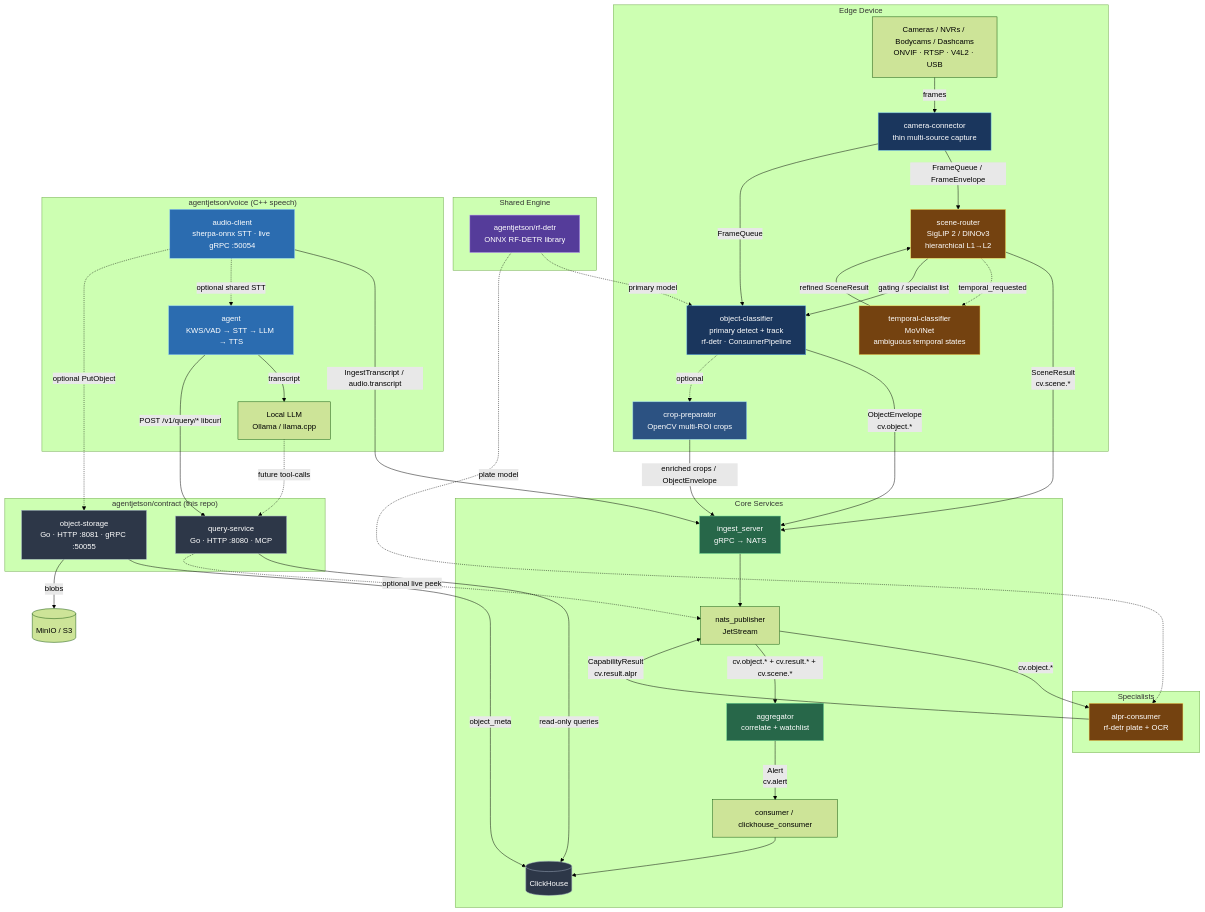
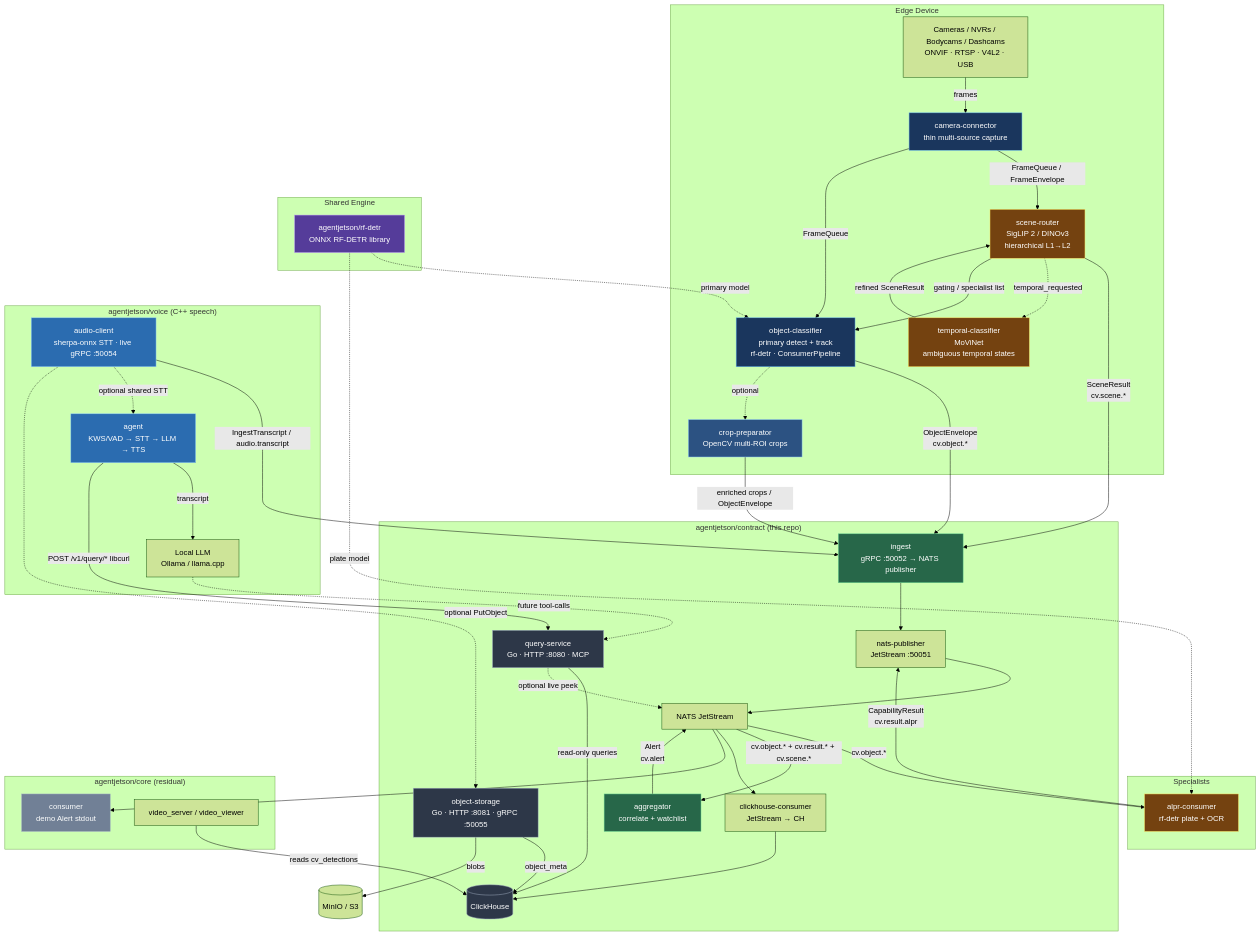
One commit to agentjetson/contract changed the diagram in ARCHITECTURE.md. Above: the diagram before and after it, drawn with Mermaid (forest theme). The commit also changed other lines of this file and 1 other file, not shown here.

First line of the commit message:
docs: rewrite README + ARCHITECTURE to match current Go-owned stack

````diff
--- a/ARCHITECTURE.md
+++ b/ARCHITECTURE.md
@@ -11,12 +11,15 @@
 CP[crop-preparator<br/>OpenCV multi-ROI crops]
 end
 
-subgraph Core Services
-ING[ingest_server<br/>gRPC → NATS]
-NP[nats_publisher<br/>JetStream]
+subgraph Contract["agentjetson/contract (this repo)"]
+ING[ingest<br/>gRPC :50052 → NATS publisher]
+NP[nats-publisher<br/>JetStream :50051]
 AGG[aggregator<br/>correlate + watchlist]
-CONS[consumer / clickhouse_consumer]
+CHC[clickhouse-consumer<br/>JetStream → CH]
 CH[(ClickHouse)]
+VQS[query-service<br/>Go · HTTP :8080 · MCP]
+OBS[object-storage<br/>Go · HTTP :8081 · gRPC :50055]
+NATS[NATS JetStream]
 end
 
 subgraph Specialists
@@ -33,9 +36,9 @@
 LLM[Local LLM<br/>Ollama / llama.cpp]
 end
 
-subgraph Contract["agentjetson/contract (this repo)"]
-VQS[query-service<br/>Go · HTTP :8080 · MCP]
-OBS[object-storage<br/>Go · HTTP :8081 · gRPC :50055]
+subgraph Core Residual["agentjetson/core (residual)"]
+CONS[consumer<br/>demo Alert stdout]
+VS[video_server / video_viewer]
 end
 
 CAM -->|frames| CC
@@ -50,11 +53,14 @@
 CP -->|enriched crops / ObjectEnvelope| ING
 
 ING --> NP
-NP -->|cv.object.*| ALPR
-NP -->|cv.object.* + cv.result.* + cv.scene.*| AGG
+NP --> NATS
+NATS -->|cv.object.*| ALPR
+NATS -->|cv.object.* + cv.result.* + cv.scene.*| AGG
 ALPR -->|CapabilityResult<br/>cv.result.alpr| NP
-AGG -->|Alert<br/>cv.alert| CONS
-CONS --> CH
+AGG -->|Alert<br/>cv.alert| NATS
+NATS --> CHC
+NATS --> CONS
+CHC --> CH
 
 RFD -.->|primary model| OC
 RFD -.->|plate model| ALPR
@@ -66,9 +72,10 @@
 VA -->|POST /v1/query/* libcurl| VQS
 LLM -.->|future tool-calls| VQS
 VQS -->|read-only queries| CH
-VQS -.->|optional live peek| NP
+VQS -.->|optional live peek| NATS
 OBS -->|object_meta| CH
 OBS -->|blobs| MinIO[(MinIO / S3)]
+VS -->|reads cv_detections| CH
 
 style CC fill:#1a365d,stroke:#63b3ed,color:#fff
 style SR fill:#744210,stroke:#f6e05e,color:#fff
@@ -84,4 +91,5 @@
 style VQS fill:#2d3748,stroke:#a0aec0,color:#fff
 style OBS fill:#2d3748,stroke:#a0aec0,color:#fff
 style CH fill:#2d3748,stroke:#a0aec0,color:#fff
+style CONS fill:#718096,stroke:#a0aec0,color:#fff
 ```
````
